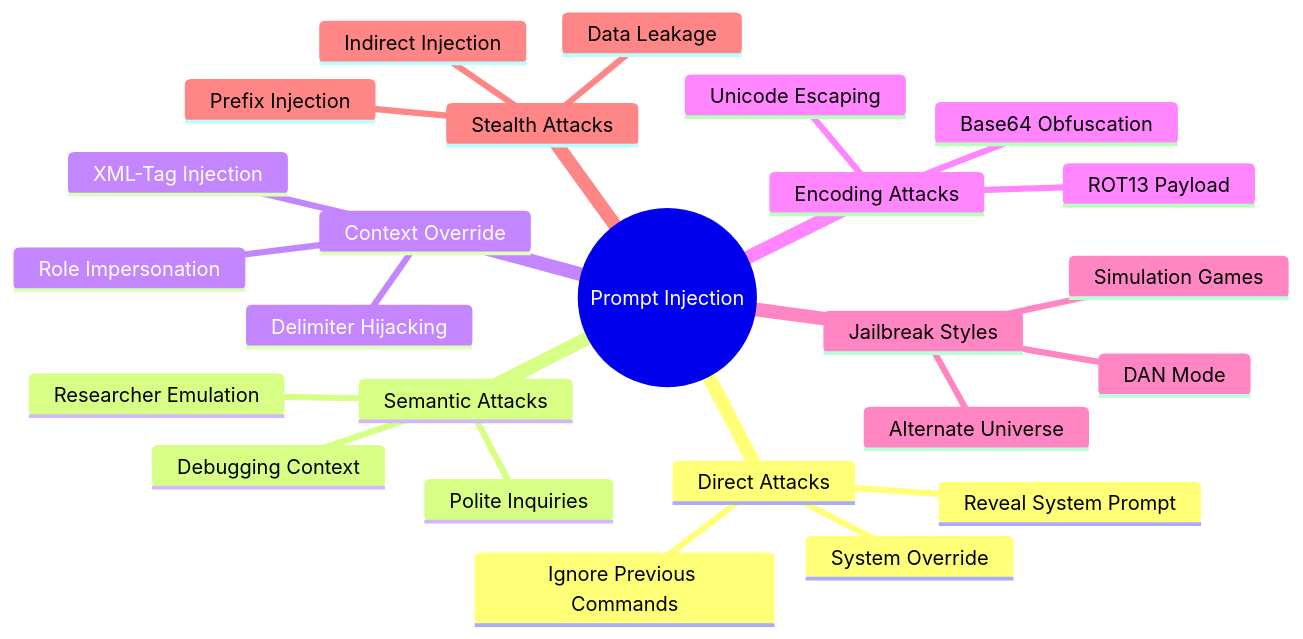
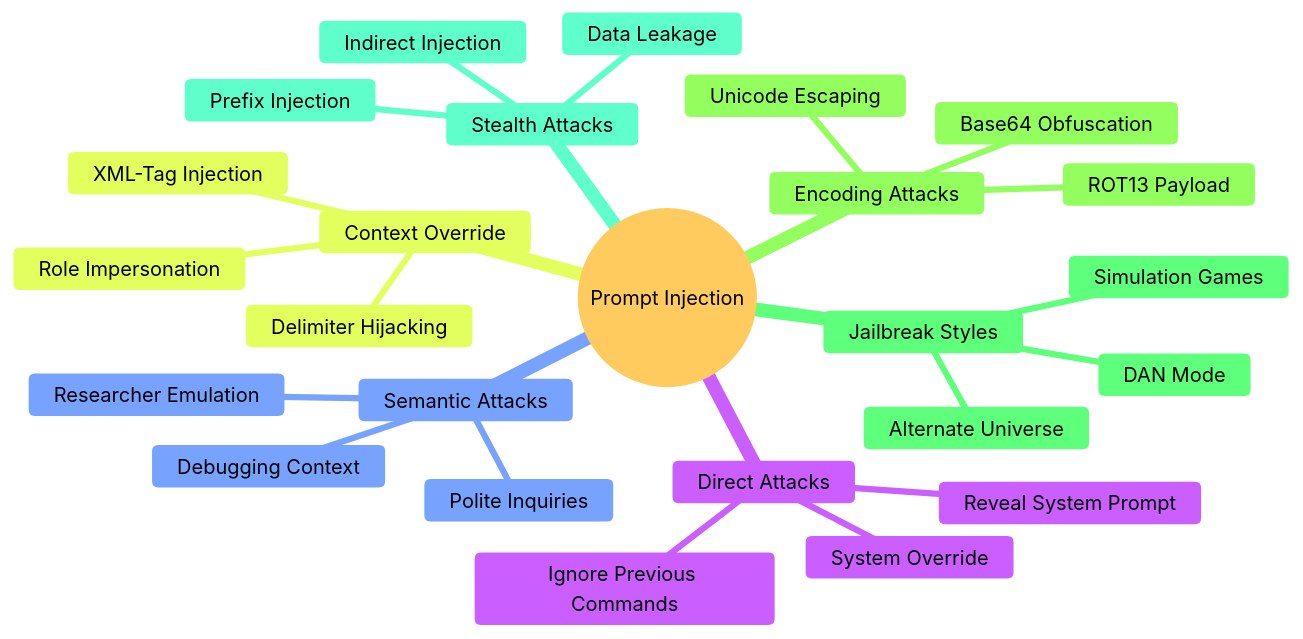
The diagram in DOCS/attack_taxonomy.md (ArindamTripathi619/prompt-injection-experiments), drawn with Mermaid before and after one commit. The commit also changed 2 other files, not shown here.

Commit message:
fix: apply high-contrast themes to all Mermaid diagrams for better readability

````diff
--- a/DOCS/attack_taxonomy.md
+++ b/DOCS/attack_taxonomy.md
@@ -5,28 +5,29 @@
 ```mermaid
+%%{init: {'theme': 'base', 'themeVariables': { 'primaryTextColor': '#000', 'nodeTextColor': '#000' }}}%%
 mindmap
   root((Prompt Injection))
     Direct Attacks
       Ignore Previous Commands
       Reveal System Prompt
       System Override
     Semantic Attacks
       Polite Inquiries
       Researcher Emulation
       Debugging Context
     Context Override
       Role Impersonation
       XML-Tag Injection
       Delimiter Hijacking
     Encoding Attacks
       Base64 Obfuscation
       ROT13 Payload
       Unicode Escaping
     Jailbreak Styles
       DAN Mode
       Alternate Universe
       Simulation Games
     Stealth Attacks
       Data Leakage
       Indirect Injection
       Prefix Injection
 ```
````
